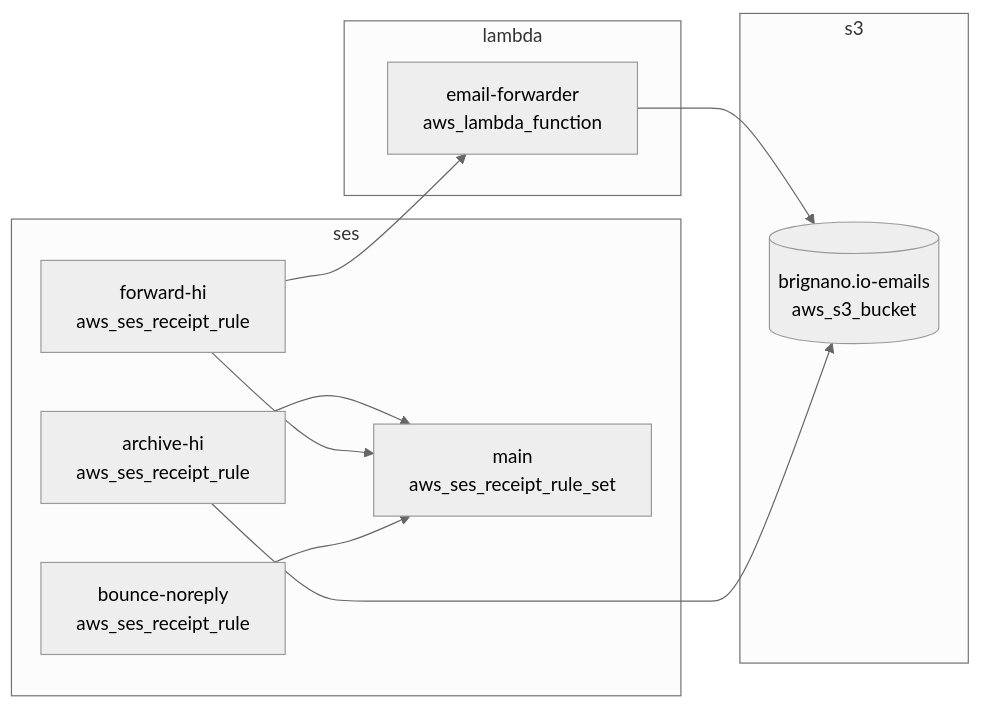
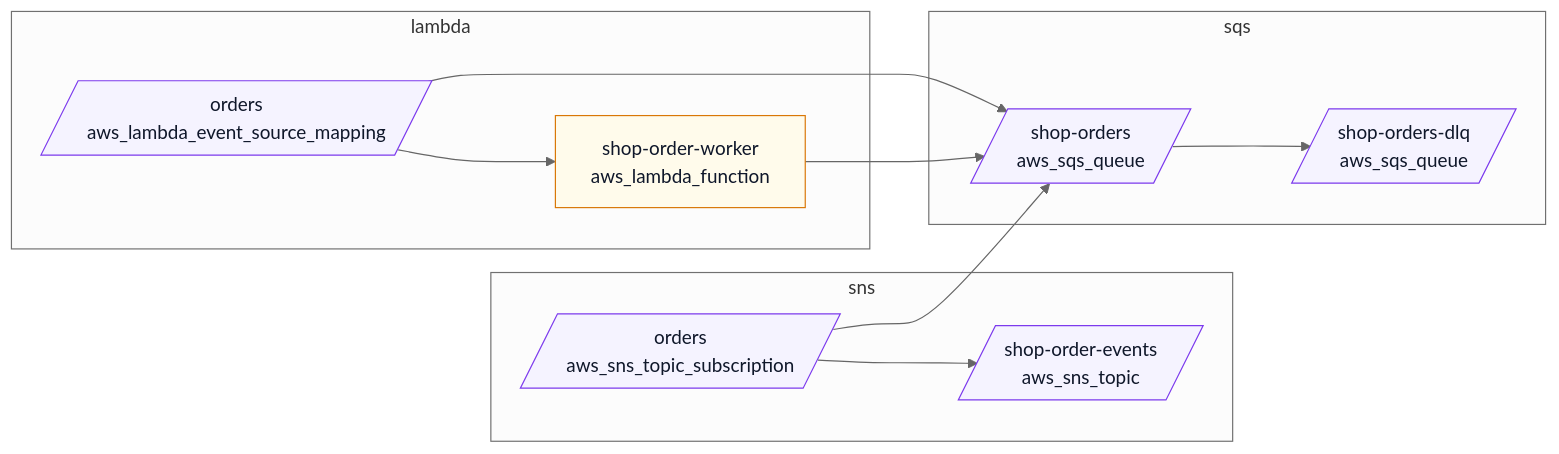
The second of 2 diagrams in README.md (brignano/driftwood), drawn with Mermaid (neutral theme) before and after one commit. The commit also changed other lines of this file and 20 other files, not shown here.

````diff
--- a/README.md
+++ b/README.md
@@ -121,21 +133,29 @@
 ```mermaid
 flowchart LR
     subgraph n_lambda["lambda"]
-        n_aws_lambda_function_email_forwarder["email-forwarder<br/>aws_lambda_function"]
+        n_aws_lambda_event_source_mapping_orders[/"orders<br/>aws_lambda_event_source_mapping"/]
+        n_aws_lambda_function_order_worker["shop-order-worker<br/>aws_lambda_function"]
     end
-    subgraph n_s3["s3"]
-        n_aws_s3_bucket_emails[("brignano.io-emails<br/>aws_s3_bucket")]
+    subgraph n_sns["sns"]
+        n_aws_sns_topic_subscription_orders[/"orders<br/>aws_sns_topic_subscription"/]
+        n_aws_sns_topic_order_events[/"shop-order-events<br/>aws_sns_topic"/]
     end
-    subgraph n_ses["ses"]
-        n_aws_ses_receipt_rule_set_main["main<br/>aws_ses_receipt_rule_set"]
-        n_aws_ses_receipt_rule_archive["archive-hi<br/>aws_ses_receipt_rule"]
-        n_aws_ses_receipt_rule_forward["forward-hi<br/>aws_ses_receipt_rule"]
-        n_aws_ses_receipt_rule_noreply["bounce-noreply<br/>aws_ses_receipt_rule"]
+    subgraph n_sqs["sqs"]
+        n_aws_sqs_queue_orders[/"shop-orders<br/>aws_sqs_queue"/]
+        n_aws_sqs_queue_orders_dlq[/"shop-orders-dlq<br/>aws_sqs_queue"/]
     end
-    n_aws_lambda_function_email_forwarder --> n_aws_s3_bucket_emails
-    n_aws_ses_receipt_rule_archive --> n_aws_s3_bucket_emails
-    n_aws_ses_receipt_rule_archive --> n_aws_ses_receipt_rule_set_main
-    n_aws_ses_receipt_rule_forward --> n_aws_lambda_function_email_forwarder
-    n_aws_ses_receipt_rule_forward --> n_aws_ses_receipt_rule_set_main
-    n_aws_ses_receipt_rule_noreply --> n_aws_ses_receipt_rule_set_main
+    n_aws_lambda_event_source_mapping_orders --> n_aws_lambda_function_order_worker
+    n_aws_lambda_event_source_mapping_orders --> n_aws_sqs_queue_orders
+    n_aws_lambda_function_order_worker --> n_aws_sqs_queue_orders
+    n_aws_sns_topic_subscription_orders --> n_aws_sns_topic_order_events
+    n_aws_sns_topic_subscription_orders --> n_aws_sqs_queue_orders
+    n_aws_sqs_queue_orders --> n_aws_sqs_queue_orders_dlq
+    class n_aws_lambda_event_source_mapping_orders f_messaging;
+    class n_aws_lambda_function_order_worker f_compute;
+    class n_aws_sns_topic_subscription_orders f_messaging;
+    class n_aws_sns_topic_order_events f_messaging;
+    class n_aws_sqs_queue_orders f_messaging;
+    class n_aws_sqs_queue_orders_dlq f_messaging;
+    classDef f_compute fill:#fffbeb,stroke:#d97706,color:#0f172a;
+    classDef f_messaging fill:#f5f3ff,stroke:#7c3aed,color:#0f172a;
 ```
````
